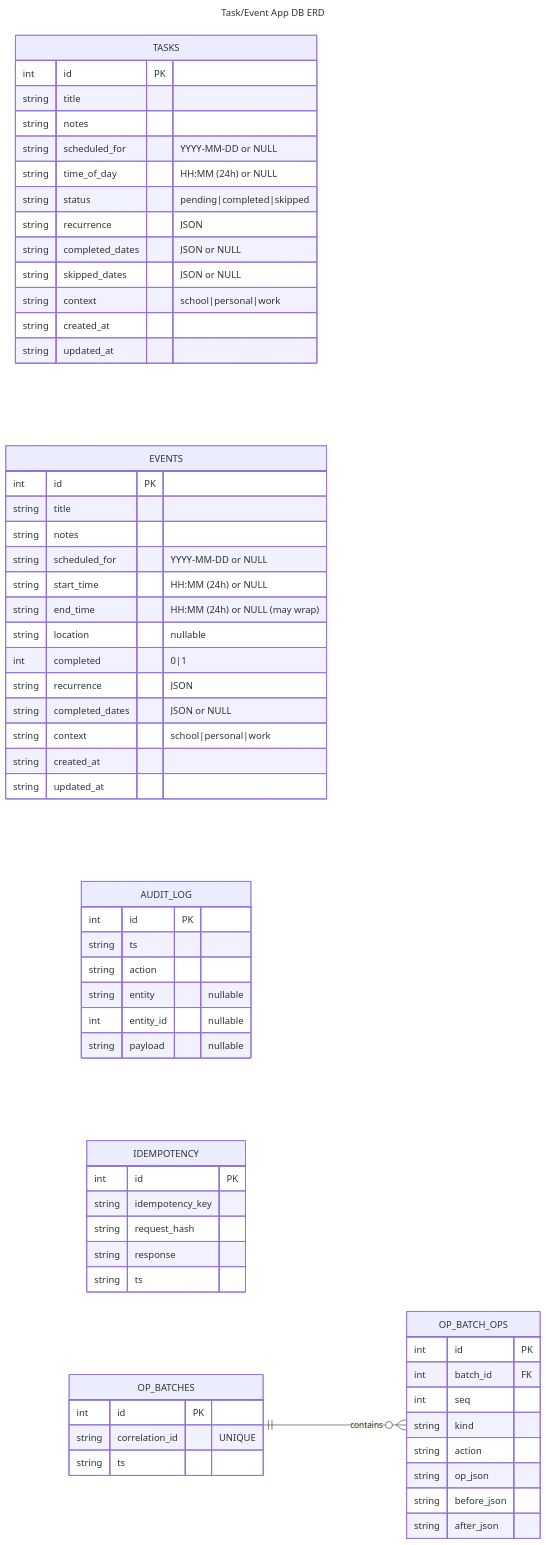
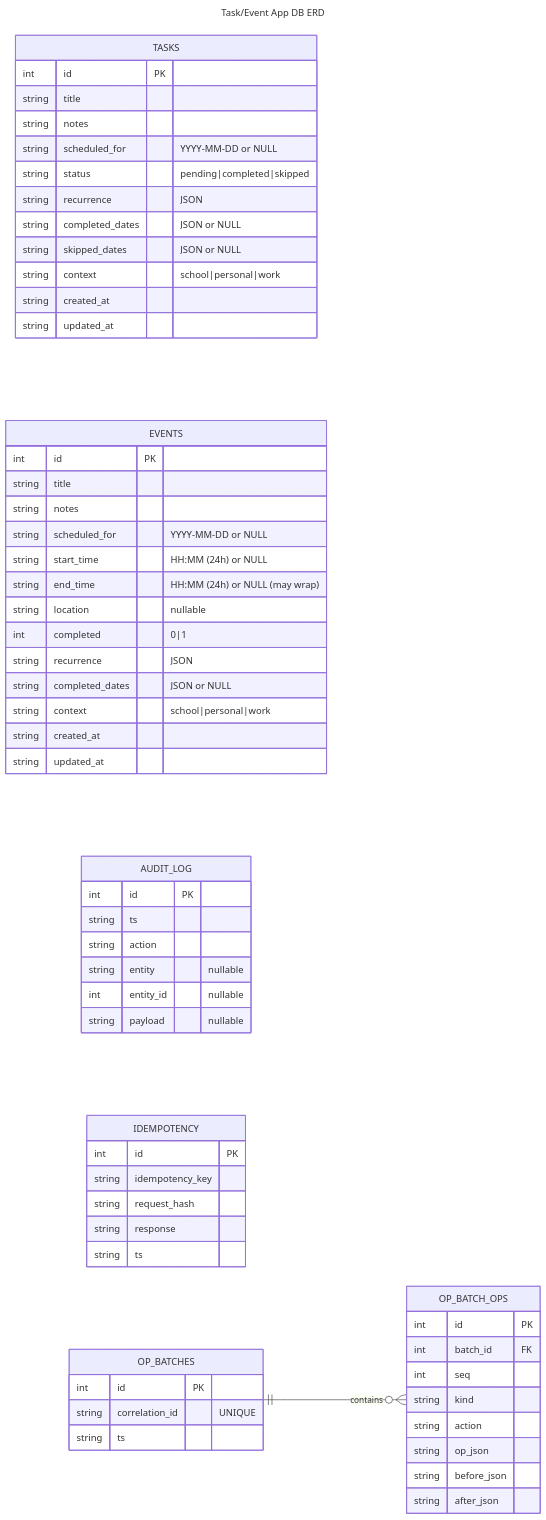
The diagram in docs/mindmap/er_diagram.md (dantheman454/habit_app), drawn with Mermaid before and after one commit. The commit also changed 37 other files, not shown here.

First line of the commit message:
refactor: remove time-of-day handling for tasks and update related components

````diff
--- a/docs/mindmap/er_diagram.md
+++ b/docs/mindmap/er_diagram.md
@@ -7,74 +7,73 @@
 ```mermaid
 ---
 title: Task/Event App DB ERD
 ---
 erDiagram
     direction LR
 
     TASKS {
         int id PK
         string title
         string notes
         string scheduled_for "YYYY-MM-DD or NULL"
-        string time_of_day "HH:MM (24h) or NULL"
         string status "pending|completed|skipped"
         string recurrence "JSON"
         string completed_dates "JSON or NULL"
         string skipped_dates "JSON or NULL"
         string context "school|personal|work"
         string created_at
         string updated_at
     }
 
     EVENTS {
         int id PK
         string title
         string notes
         string scheduled_for "YYYY-MM-DD or NULL"
         string start_time "HH:MM (24h) or NULL"
         string end_time "HH:MM (24h) or NULL (may wrap)"
         string location "nullable"
         int completed "0|1"
         string recurrence "JSON"
         string completed_dates "JSON or NULL"
         string context "school|personal|work"
         string created_at
         string updated_at
     }
 
     AUDIT_LOG {
         int id PK
         string ts
         string action
         string entity "nullable"
         int entity_id "nullable"
         string payload "nullable"
     }
 
     IDEMPOTENCY {
         int id PK
         string idempotency_key
         string request_hash
         string response
         string ts
     }
 
     OP_BATCHES {
         int id PK
         string correlation_id "UNIQUE"
         string ts
     }
 
     OP_BATCH_OPS {
         int id PK
         int batch_id FK
         int seq
         string kind
         string action
         string op_json
         string before_json
         string after_json
     }
 
     OP_BATCHES ||--o{ OP_BATCH_OPS : contains
 ```
````
